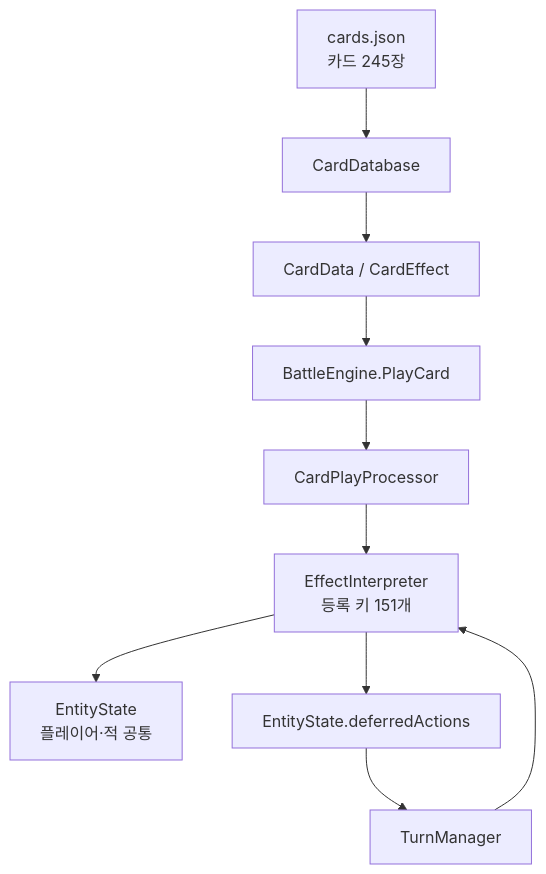
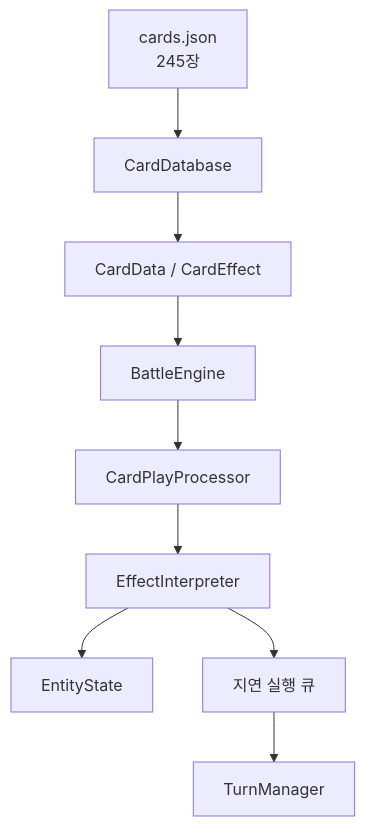
The first of 2 diagrams in README.md (HolicKW/syndicate-seoul-battle-system), drawn with Mermaid before and after one commit. The commit also changed other lines of this file, not shown here.

````diff
--- a/README.md
+++ b/README.md
@@ -63,12 +57,11 @@
 ```mermaid
 flowchart TB
-    JSON["cards.json<br/>카드 245장"] --> DB[CardDatabase]
+    JSON["cards.json<br/>245장"] --> DB[CardDatabase]
     DB --> DATA[CardData / CardEffect]
-    DATA --> ENGINE[BattleEngine.PlayCard]
+    DATA --> ENGINE[BattleEngine]
     ENGINE --> PLAY[CardPlayProcessor]
-    PLAY --> INTERPRETER["EffectInterpreter<br/>등록 키 151개"]
-    INTERPRETER --> STATE["EntityState<br/>플레이어·적 공통"]
-    INTERPRETER --> DEFERRED[EntityState.deferredActions]
-    DEFERRED --> TURN[TurnManager]
-    TURN --> INTERPRETER
+    PLAY --> FX[EffectInterpreter]
+    FX --> STATE[EntityState]
+    FX --> QUEUE[지연 실행 큐]
+    QUEUE --> TURN[TurnManager]
 ```
````
